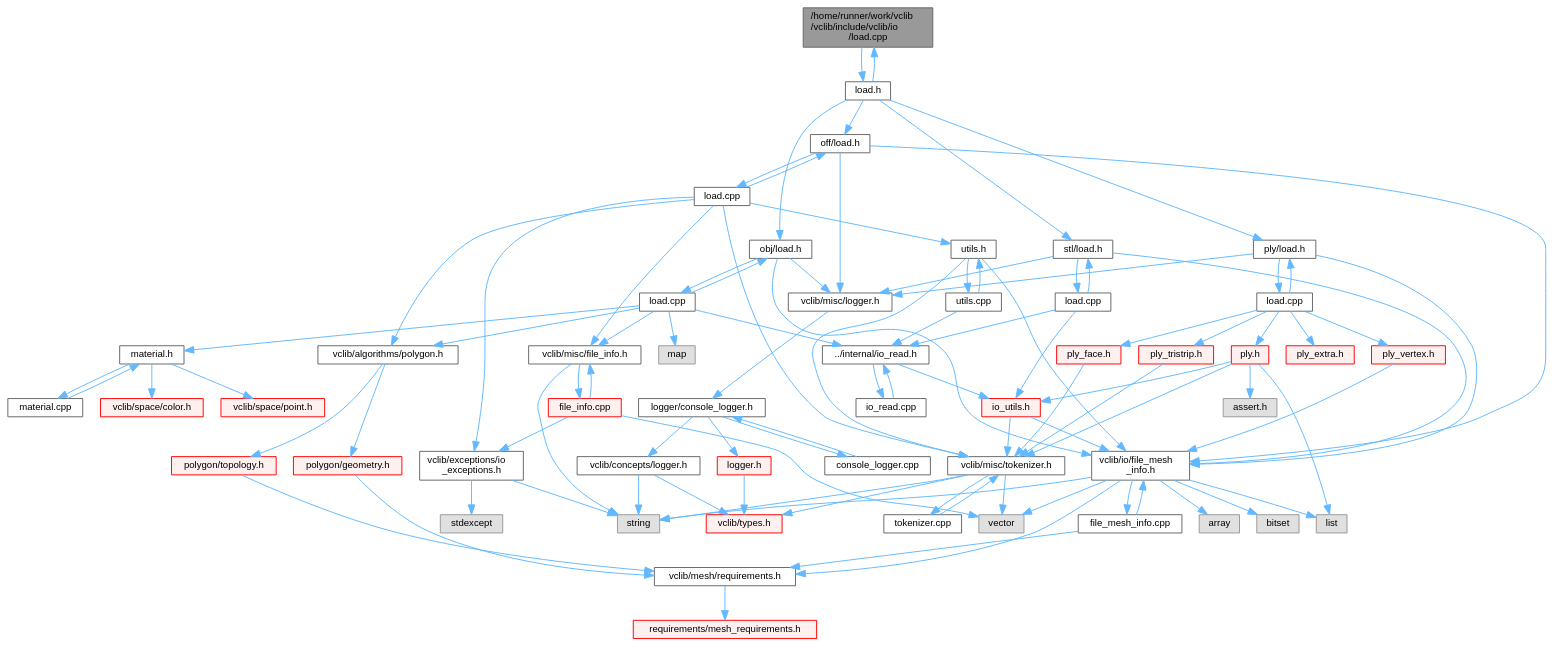
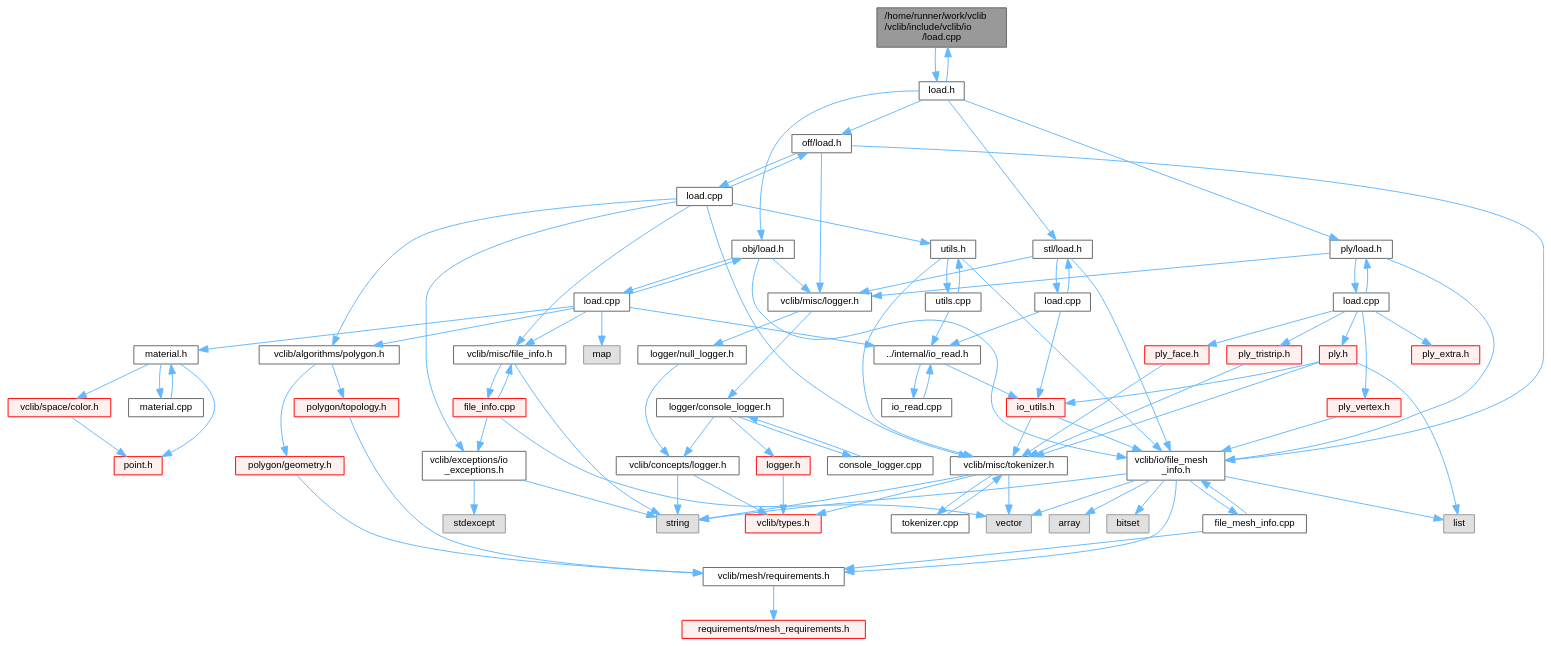
The diagram in static/vclib/load_8cpp__incl.dot (alemuntoni/alemuntoni.github.io), drawn with Graphviz before and after one commit. The commit also changed 1482 other files, not shown here.

```diff
--- a/static/vclib/load_8cpp__incl.dot
+++ b/static/vclib/load_8cpp__incl.dot
@@ -25,127 +25,129 @@
   Node10 [label="vclib/mesh/requirements.h",height=0.2,width=0.4,color="grey40", fillcolor="white", style="filled",URL="$requirements_8h.html",tooltip=" "];
   Node10 -> Node11 [color="steelblue1",style="solid"];
   Node11 [label="requirements/mesh_requirements.h",height=0.2,width=0.4,color="red", fillcolor="#FFF0F0", style="filled",URL="$mesh__requirements_8h.html",tooltip=" "];
-  Node4 -> Node184 [color="steelblue1",style="solid"];
-  Node184 [label="file_mesh_info.cpp",height=0.2,width=0.4,color="grey40", fillcolor="white", style="filled",URL="$file__mesh__info_8cpp.html",tooltip=" "];
-  Node184 -> Node4 [color="steelblue1",style="solid"];
-  Node184 -> Node10 [color="steelblue1",style="solid"];
-  Node3 -> Node185 [color="steelblue1",style="solid"];
-  Node185 [label="vclib/misc/logger.h",height=0.2,width=0.4,color="grey40", fillcolor="white", style="filled",URL="$misc_2logger_8h.html",tooltip=" "];
-  Node185 -> Node186 [color="steelblue1",style="solid"];
-  Node186 [label="logger/console_logger.h",height=0.2,width=0.4,color="grey40", fillcolor="white", style="filled",URL="$console__logger_8h.html",tooltip=" "];
-  Node186 -> Node187 [color="steelblue1",style="solid"];
-  Node187 [label="logger.h",height=0.2,width=0.4,color="red", fillcolor="#FFF0F0", style="filled",URL="$misc_2logger_2logger_8h.html",tooltip=" "];
-  Node187 -> Node17 [color="steelblue1",style="solid"];
+  Node4 -> Node179 [color="steelblue1",style="solid"];
+  Node179 [label="file_mesh_info.cpp",height=0.2,width=0.4,color="grey40", fillcolor="white", style="filled",URL="$file__mesh__info_8cpp.html",tooltip=" "];
+  Node179 -> Node4 [color="steelblue1",style="solid"];
+  Node179 -> Node10 [color="steelblue1",style="solid"];
+  Node3 -> Node180 [color="steelblue1",style="solid"];
+  Node180 [label="vclib/misc/logger.h",height=0.2,width=0.4,color="grey40", fillcolor="white", style="filled",URL="$misc_2logger_8h.html",tooltip=" "];
+  Node180 -> Node181 [color="steelblue1",style="solid"];
+  Node181 [label="logger/console_logger.h",height=0.2,width=0.4,color="grey40", fillcolor="white", style="filled",URL="$console__logger_8h.html",tooltip=" "];
+  Node181 -> Node182 [color="steelblue1",style="solid"];
+  Node182 [label="logger.h",height=0.2,width=0.4,color="red", fillcolor="#FFF0F0", style="filled",URL="$misc_2logger_2logger_8h.html",tooltip=" "];
+  Node182 -> Node17 [color="steelblue1",style="solid"];
   Node17 [label="vclib/types.h",height=0.2,width=0.4,color="red", fillcolor="#FFF0F0", style="filled",URL="$types_8h.html",tooltip=" "];
-  Node186 -> Node198 [color="steelblue1",style="solid"];
-  Node198 [label="vclib/concepts/logger.h",height=0.2,width=0.4,color="grey40", fillcolor="white", style="filled",URL="$concepts_2logger_8h.html",tooltip=" "];
-  Node198 -> Node7 [color="steelblue1",style="solid"];
-  Node198 -> Node17 [color="steelblue1",style="solid"];
-  Node186 -> Node199 [color="steelblue1",style="solid"];
-  Node199 [label="console_logger.cpp",height=0.2,width=0.4,color="grey40", fillcolor="white", style="filled",URL="$console__logger_8cpp.html",tooltip=" "];
-  Node199 -> Node186 [color="steelblue1",style="solid"];
-  Node3 -> Node200 [color="steelblue1",style="solid"];
-  Node200 [label="load.cpp",height=0.2,width=0.4,color="grey40", fillcolor="white", style="filled",URL="$obj_2load_8cpp.html",tooltip=" "];
-  Node200 -> Node3 [color="steelblue1",style="solid"];
-  Node200 -> Node201 [color="steelblue1",style="solid"];
-  Node201 [label="map",height=0.2,width=0.4,color="grey60", fillcolor="#E0E0E0", style="filled",tooltip=" "];
-  Node200 -> Node202 [color="steelblue1",style="solid"];
-  Node202 [label="vclib/algorithms/polygon.h",height=0.2,width=0.4,color="grey40", fillcolor="white", style="filled",URL="$algorithms_2polygon_8h.html",tooltip=" "];
-  Node202 -> Node203 [color="steelblue1",style="solid"];
-  Node203 [label="polygon/geometry.h",height=0.2,width=0.4,color="red", fillcolor="#FFF0F0", style="filled",URL="$geometry_8h.html",tooltip=" "];
-  Node203 -> Node10 [color="steelblue1",style="solid"];
-  Node202 -> Node238 [color="steelblue1",style="solid"];
-  Node238 [label="polygon/topology.h",height=0.2,width=0.4,color="red", fillcolor="#FFF0F0", style="filled",URL="$polygon_2topology_8h.html",tooltip=" "];
-  Node238 -> Node10 [color="steelblue1",style="solid"];
-  Node200 -> Node249 [color="steelblue1",style="solid"];
-  Node249 [label="vclib/misc/file_info.h",height=0.2,width=0.4,color="grey40", fillcolor="white", style="filled",URL="$file__info_8h.html",tooltip=" "];
-  Node249 -> Node7 [color="steelblue1",style="solid"];
+  Node181 -> Node193 [color="steelblue1",style="solid"];
+  Node193 [label="vclib/concepts/logger.h",height=0.2,width=0.4,color="grey40", fillcolor="white", style="filled",URL="$concepts_2logger_8h.html",tooltip=" "];
+  Node193 -> Node7 [color="steelblue1",style="solid"];
+  Node193 -> Node17 [color="steelblue1",style="solid"];
+  Node181 -> Node194 [color="steelblue1",style="solid"];
+  Node194 [label="console_logger.cpp",height=0.2,width=0.4,color="grey40", fillcolor="white", style="filled",URL="$console__logger_8cpp.html",tooltip=" "];
+  Node194 -> Node181 [color="steelblue1",style="solid"];
+  Node180 -> Node195 [color="steelblue1",style="solid"];
+  Node195 [label="logger/null_logger.h",height=0.2,width=0.4,color="grey40", fillcolor="white", style="filled",URL="$null__logger_8h.html",tooltip=" "];
+  Node195 -> Node193 [color="steelblue1",style="solid"];
+  Node3 -> Node196 [color="steelblue1",style="solid"];
+  Node196 [label="load.cpp",height=0.2,width=0.4,color="grey40", fillcolor="white", style="filled",URL="$obj_2load_8cpp.html",tooltip=" "];
+  Node196 -> Node3 [color="steelblue1",style="solid"];
+  Node196 -> Node197 [color="steelblue1",style="solid"];
+  Node197 [label="map",height=0.2,width=0.4,color="grey60", fillcolor="#E0E0E0", style="filled",tooltip=" "];
+  Node196 -> Node198 [color="steelblue1",style="solid"];
+  Node198 [label="vclib/algorithms/polygon.h",height=0.2,width=0.4,color="grey40", fillcolor="white", style="filled",URL="$algorithms_2polygon_8h.html",tooltip=" "];
+  Node198 -> Node199 [color="steelblue1",style="solid"];
+  Node199 [label="polygon/geometry.h",height=0.2,width=0.4,color="red", fillcolor="#FFF0F0", style="filled",URL="$geometry_8h.html",tooltip=" "];
+  Node199 -> Node10 [color="steelblue1",style="solid"];
+  Node198 -> Node233 [color="steelblue1",style="solid"];
+  Node233 [label="polygon/topology.h",height=0.2,width=0.4,color="red", fillcolor="#FFF0F0", style="filled",URL="$polygon_2topology_8h.html",tooltip=" "];
+  Node233 -> Node10 [color="steelblue1",style="solid"];
+  Node196 -> Node244 [color="steelblue1",style="solid"];
+  Node244 [label="vclib/misc/file_info.h",height=0.2,width=0.4,color="grey40", fillcolor="white", style="filled",URL="$file__info_8h.html",tooltip=" "];
+  Node244 -> Node7 [color="steelblue1",style="solid"];
+  Node244 -> Node245 [color="steelblue1",style="solid"];
+  Node245 [label="file_info.cpp",height=0.2,width=0.4,color="red", fillcolor="#FFF0F0", style="filled",URL="$file__info_8cpp.html",tooltip=" "];
+  Node245 -> Node244 [color="steelblue1",style="solid"];
+  Node245 -> Node8 [color="steelblue1",style="solid"];
+  Node245 -> Node248 [color="steelblue1",style="solid"];
+  Node248 [label="vclib/exceptions/io\l_exceptions.h",height=0.2,width=0.4,color="grey40", fillcolor="white", style="filled",URL="$io__exceptions_8h.html",tooltip=" "];
+  Node248 -> Node76 [color="steelblue1",style="solid"];
+  Node76 [label="stdexcept",height=0.2,width=0.4,color="grey60", fillcolor="#E0E0E0", style="filled",tooltip=" "];
+  Node248 -> Node7 [color="steelblue1",style="solid"];
+  Node196 -> Node249 [color="steelblue1",style="solid"];
+  Node249 [label="../internal/io_read.h",height=0.2,width=0.4,color="grey40", fillcolor="white", style="filled",URL="$io__read_8h.html",tooltip=" "];
   Node249 -> Node250 [color="steelblue1",style="solid"];
-  Node250 [label="file_info.cpp",height=0.2,width=0.4,color="red", fillcolor="#FFF0F0", style="filled",URL="$file__info_8cpp.html",tooltip=" "];
-  Node250 -> Node249 [color="steelblue1",style="solid"];
-  Node250 -> Node8 [color="steelblue1",style="solid"];
-  Node250 -> Node253 [color="steelblue1",style="solid"];
-  Node253 [label="vclib/exceptions/io\l_exceptions.h",height=0.2,width=0.4,color="grey40", fillcolor="white", style="filled",URL="$io__exceptions_8h.html",tooltip=" "];
-  Node253 -> Node81 [color="steelblue1",style="solid"];
-  Node81 [label="stdexcept",height=0.2,width=0.4,color="grey60", fillcolor="#E0E0E0", style="filled",tooltip=" "];
-  Node253 -> Node7 [color="steelblue1",style="solid"];
-  Node200 -> Node254 [color="steelblue1",style="solid"];
-  Node254 [label="../internal/io_read.h",height=0.2,width=0.4,color="grey40", fillcolor="white", style="filled",URL="$io__read_8h.html",tooltip=" "];
-  Node254 -> Node255 [color="steelblue1",style="solid"];
-  Node255 [label="io_utils.h",height=0.2,width=0.4,color="red", fillcolor="#FFF0F0", style="filled",URL="$io__utils_8h.html",tooltip=" "];
-  Node255 -> Node4 [color="steelblue1",style="solid"];
-  Node255 -> Node256 [color="steelblue1",style="solid"];
-  Node256 [label="vclib/misc/tokenizer.h",height=0.2,width=0.4,color="grey40", fillcolor="white", style="filled",URL="$tokenizer_8h.html",tooltip=" "];
-  Node256 -> Node7 [color="steelblue1",style="solid"];
-  Node256 -> Node8 [color="steelblue1",style="solid"];
-  Node256 -> Node17 [color="steelblue1",style="solid"];
-  Node256 -> Node257 [color="steelblue1",style="solid"];
-  Node257 [label="tokenizer.cpp",height=0.2,width=0.4,color="grey40", fillcolor="white", style="filled",URL="$tokenizer_8cpp.html",tooltip=" "];
-  Node257 -> Node256 [color="steelblue1",style="solid"];
-  Node254 -> Node262 [color="steelblue1",style="solid"];
-  Node262 [label="io_read.cpp",height=0.2,width=0.4,color="grey40", fillcolor="white", style="filled",URL="$io__read_8cpp.html",tooltip=" "];
-  Node262 -> Node254 [color="steelblue1",style="solid"];
-  Node200 -> Node263 [color="steelblue1",style="solid"];
-  Node263 [label="material.h",height=0.2,width=0.4,color="grey40", fillcolor="white", style="filled",URL="$material_8h.html",tooltip=" "];
-  Node263 -> Node33 [color="steelblue1",style="solid"];
+  Node250 [label="io_utils.h",height=0.2,width=0.4,color="red", fillcolor="#FFF0F0", style="filled",URL="$io__utils_8h.html",tooltip=" "];
+  Node250 -> Node4 [color="steelblue1",style="solid"];
+  Node250 -> Node251 [color="steelblue1",style="solid"];
+  Node251 [label="vclib/misc/tokenizer.h",height=0.2,width=0.4,color="grey40", fillcolor="white", style="filled",URL="$tokenizer_8h.html",tooltip=" "];
+  Node251 -> Node7 [color="steelblue1",style="solid"];
+  Node251 -> Node8 [color="steelblue1",style="solid"];
+  Node251 -> Node17 [color="steelblue1",style="solid"];
+  Node251 -> Node252 [color="steelblue1",style="solid"];
+  Node252 [label="tokenizer.cpp",height=0.2,width=0.4,color="grey40", fillcolor="white", style="filled",URL="$tokenizer_8cpp.html",tooltip=" "];
+  Node252 -> Node251 [color="steelblue1",style="solid"];
+  Node249 -> Node257 [color="steelblue1",style="solid"];
+  Node257 [label="io_read.cpp",height=0.2,width=0.4,color="grey40", fillcolor="white", style="filled",URL="$io__read_8cpp.html",tooltip=" "];
+  Node257 -> Node249 [color="steelblue1",style="solid"];
+  Node196 -> Node258 [color="steelblue1",style="solid"];
+  Node258 [label="material.h",height=0.2,width=0.4,color="grey40", fillcolor="white", style="filled",URL="$material_8h.html",tooltip=" "];
+  Node258 -> Node33 [color="steelblue1",style="solid"];
   Node33 [label="vclib/space/color.h",height=0.2,width=0.4,color="red", fillcolor="#FFF0F0", style="filled",URL="$space_2color_8h.html",tooltip=" "];
-  Node263 -> Node50 [color="steelblue1",style="solid"];
-  Node50 [label="vclib/space/point.h",height=0.2,width=0.4,color="red", fillcolor="#FFF0F0", style="filled",URL="$space_2point_8h.html",tooltip=" "];
-  Node263 -> Node264 [color="steelblue1",style="solid"];
-  Node264 [label="material.cpp",height=0.2,width=0.4,color="grey40", fillcolor="white", style="filled",URL="$material_8cpp.html",tooltip=" "];
-  Node264 -> Node263 [color="steelblue1",style="solid"];
-  Node2 -> Node265 [color="steelblue1",style="solid"];
-  Node265 [label="off/load.h",height=0.2,width=0.4,color="grey40", fillcolor="white", style="filled",URL="$off_2load_8h.html",tooltip=" "];
-  Node265 -> Node4 [color="steelblue1",style="solid"];
-  Node265 -> Node185 [color="steelblue1",style="solid"];
+  Node33 -> Node34 [color="steelblue1",style="solid"];
+  Node34 [label="point.h",height=0.2,width=0.4,color="red", fillcolor="#FFF0F0", style="filled",URL="$space_2point_8h.html",tooltip=" "];
+  Node258 -> Node34 [color="steelblue1",style="solid"];
+  Node258 -> Node259 [color="steelblue1",style="solid"];
+  Node259 [label="material.cpp",height=0.2,width=0.4,color="grey40", fillcolor="white", style="filled",URL="$material_8cpp.html",tooltip=" "];
+  Node259 -> Node258 [color="steelblue1",style="solid"];
+  Node2 -> Node260 [color="steelblue1",style="solid"];
+  Node260 [label="off/load.h",height=0.2,width=0.4,color="grey40", fillcolor="white", style="filled",URL="$off_2load_8h.html",tooltip=" "];
+  Node260 -> Node4 [color="steelblue1",style="solid"];
+  Node260 -> Node180 [color="steelblue1",style="solid"];
+  Node260 -> Node261 [color="steelblue1",style="solid"];
+  Node261 [label="load.cpp",height=0.2,width=0.4,color="grey40", fillcolor="white", style="filled",URL="$off_2load_8cpp.html",tooltip=" "];
+  Node261 -> Node260 [color="steelblue1",style="solid"];
+  Node261 -> Node198 [color="steelblue1",style="solid"];
+  Node261 -> Node248 [color="steelblue1",style="solid"];
+  Node261 -> Node244 [color="steelblue1",style="solid"];
+  Node261 -> Node251 [color="steelblue1",style="solid"];
+  Node261 -> Node262 [color="steelblue1",style="solid"];
+  Node262 [label="utils.h",height=0.2,width=0.4,color="grey40", fillcolor="white", style="filled",URL="$utils_8h.html",tooltip=" "];
+  Node262 -> Node251 [color="steelblue1",style="solid"];
+  Node262 -> Node4 [color="steelblue1",style="solid"];
+  Node262 -> Node263 [color="steelblue1",style="solid"];
+  Node263 [label="utils.cpp",height=0.2,width=0.4,color="grey40", fillcolor="white", style="filled",URL="$utils_8cpp.html",tooltip=" "];
+  Node263 -> Node262 [color="steelblue1",style="solid"];
+  Node263 -> Node249 [color="steelblue1",style="solid"];
+  Node2 -> Node264 [color="steelblue1",style="solid"];
+  Node264 [label="ply/load.h",height=0.2,width=0.4,color="grey40", fillcolor="white", style="filled",URL="$ply_2load_8h.html",tooltip=" "];
+  Node264 -> Node4 [color="steelblue1",style="solid"];
+  Node264 -> Node180 [color="steelblue1",style="solid"];
+  Node264 -> Node265 [color="steelblue1",style="solid"];
+  Node265 [label="load.cpp",height=0.2,width=0.4,color="grey40", fillcolor="white", style="filled",URL="$ply_2load_8cpp.html",tooltip=" "];
+  Node265 -> Node264 [color="steelblue1",style="solid"];
   Node265 -> Node266 [color="steelblue1",style="solid"];
-  Node266 [label="load.cpp",height=0.2,width=0.4,color="grey40", fillcolor="white", style="filled",URL="$off_2load_8cpp.html",tooltip=" "];
-  Node266 -> Node265 [color="steelblue1",style="solid"];
-  Node266 -> Node202 [color="steelblue1",style="solid"];
-  Node266 -> Node253 [color="steelblue1",style="solid"];
-  Node266 -> Node249 [color="steelblue1",style="solid"];
-  Node266 -> Node256 [color="steelblue1",style="solid"];
-  Node266 -> Node267 [color="steelblue1",style="solid"];
-  Node267 [label="utils.h",height=0.2,width=0.4,color="grey40", fillcolor="white", style="filled",URL="$utils_8h.html",tooltip=" "];
-  Node267 -> Node256 [color="steelblue1",style="solid"];
+  Node266 [label="ply.h",height=0.2,width=0.4,color="red", fillcolor="#FFF0F0", style="filled",URL="$ply_8h.html",tooltip=" "];
+  Node266 -> Node6 [color="steelblue1",style="solid"];
+  Node266 -> Node251 [color="steelblue1",style="solid"];
+  Node266 -> Node250 [color="steelblue1",style="solid"];
+  Node265 -> Node267 [color="steelblue1",style="solid"];
+  Node267 [label="ply_vertex.h",height=0.2,width=0.4,color="red", fillcolor="#FFF0F0", style="filled",URL="$ply__vertex_8h.html",tooltip=" "];
   Node267 -> Node4 [color="steelblue1",style="solid"];
-  Node267 -> Node268 [color="steelblue1",style="solid"];
-  Node268 [label="utils.cpp",height=0.2,width=0.4,color="grey40", fillcolor="white", style="filled",URL="$utils_8cpp.html",tooltip=" "];
-  Node268 -> Node267 [color="steelblue1",style="solid"];
-  Node268 -> Node254 [color="steelblue1",style="solid"];
-  Node2 -> Node269 [color="steelblue1",style="solid"];
-  Node269 [label="ply/load.h",height=0.2,width=0.4,color="grey40", fillcolor="white", style="filled",URL="$ply_2load_8h.html",tooltip=" "];
-  Node269 -> Node4 [color="steelblue1",style="solid"];
-  Node269 -> Node185 [color="steelblue1",style="solid"];
-  Node269 -> Node270 [color="steelblue1",style="solid"];
-  Node270 [label="load.cpp",height=0.2,width=0.4,color="grey40", fillcolor="white", style="filled",URL="$ply_2load_8cpp.html",tooltip=" "];
-  Node270 -> Node269 [color="steelblue1",style="solid"];
-  Node270 -> Node271 [color="steelblue1",style="solid"];
-  Node271 [label="ply.h",height=0.2,width=0.4,color="red", fillcolor="#FFF0F0", style="filled",URL="$ply_8h.html",tooltip=" "];
-  Node271 -> Node24 [color="steelblue1",style="solid"];
-  Node24 [label="assert.h",height=0.2,width=0.4,color="grey60", fillcolor="#E0E0E0", style="filled",tooltip=" "];
-  Node271 -> Node6 [color="steelblue1",style="solid"];
-  Node271 -> Node256 [color="steelblue1",style="solid"];
-  Node271 -> Node255 [color="steelblue1",style="solid"];
-  Node270 -> Node272 [color="steelblue1",style="solid"];
-  Node272 [label="ply_vertex.h",height=0.2,width=0.4,color="red", fillcolor="#FFF0F0", style="filled",URL="$ply__vertex_8h.html",tooltip=" "];
-  Node272 -> Node4 [color="steelblue1",style="solid"];
-  Node270 -> Node279 [color="steelblue1",style="solid"];
-  Node279 [label="ply_face.h",height=0.2,width=0.4,color="red", fillcolor="#FFF0F0", style="filled",URL="$ply__face_8h.html",tooltip=" "];
-  Node279 -> Node256 [color="steelblue1",style="solid"];
-  Node270 -> Node281 [color="steelblue1",style="solid"];
-  Node281 [label="ply_tristrip.h",height=0.2,width=0.4,color="red", fillcolor="#FFF0F0", style="filled",URL="$ply__tristrip_8h.html",tooltip=" "];
-  Node281 -> Node256 [color="steelblue1",style="solid"];
-  Node270 -> Node283 [color="steelblue1",style="solid"];
-  Node283 [label="ply_extra.h",height=0.2,width=0.4,color="red", fillcolor="#FFF0F0", style="filled",URL="$ply__extra_8h.html",tooltip=" "];
-  Node2 -> Node285 [color="steelblue1",style="solid"];
-  Node285 [label="stl/load.h",height=0.2,width=0.4,color="grey40", fillcolor="white", style="filled",URL="$stl_2load_8h.html",tooltip=" "];
-  Node285 -> Node4 [color="steelblue1",style="solid"];
-  Node285 -> Node185 [color="steelblue1",style="solid"];
-  Node285 -> Node286 [color="steelblue1",style="solid"];
-  Node286 [label="load.cpp",height=0.2,width=0.4,color="grey40", fillcolor="white", style="filled",URL="$stl_2load_8cpp.html",tooltip=" "];
-  Node286 -> Node285 [color="steelblue1",style="solid"];
-  Node286 -> Node255 [color="steelblue1",style="solid"];
-  Node286 -> Node254 [color="steelblue1",style="solid"];
+  Node265 -> Node274 [color="steelblue1",style="solid"];
+  Node274 [label="ply_face.h",height=0.2,width=0.4,color="red", fillcolor="#FFF0F0", style="filled",URL="$ply__face_8h.html",tooltip=" "];
+  Node274 -> Node251 [color="steelblue1",style="solid"];
+  Node265 -> Node276 [color="steelblue1",style="solid"];
+  Node276 [label="ply_tristrip.h",height=0.2,width=0.4,color="red", fillcolor="#FFF0F0", style="filled",URL="$ply__tristrip_8h.html",tooltip=" "];
+  Node276 -> Node251 [color="steelblue1",style="solid"];
+  Node265 -> Node278 [color="steelblue1",style="solid"];
+  Node278 [label="ply_extra.h",height=0.2,width=0.4,color="red", fillcolor="#FFF0F0", style="filled",URL="$ply__extra_8h.html",tooltip=" "];
+  Node2 -> Node280 [color="steelblue1",style="solid"];
+  Node280 [label="stl/load.h",height=0.2,width=0.4,color="grey40", fillcolor="white", style="filled",URL="$stl_2load_8h.html",tooltip=" "];
+  Node280 -> Node4 [color="steelblue1",style="solid"];
+  Node280 -> Node180 [color="steelblue1",style="solid"];
+  Node280 -> Node281 [color="steelblue1",style="solid"];
+  Node281 [label="load.cpp",height=0.2,width=0.4,color="grey40", fillcolor="white", style="filled",URL="$stl_2load_8cpp.html",tooltip=" "];
+  Node281 -> Node280 [color="steelblue1",style="solid"];
+  Node281 -> Node250 [color="steelblue1",style="solid"];
+  Node281 -> Node249 [color="steelblue1",style="solid"];
   Node2 -> Node1 [color="steelblue1",style="solid"];
 }
```
